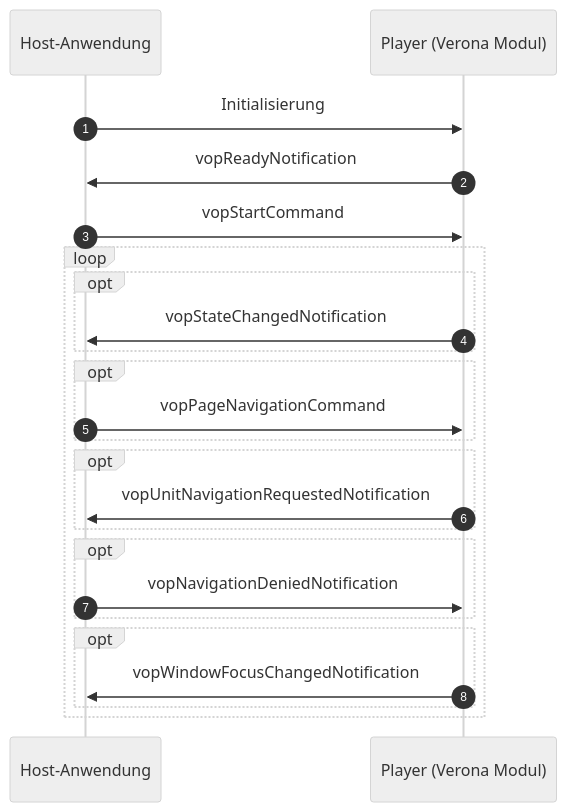
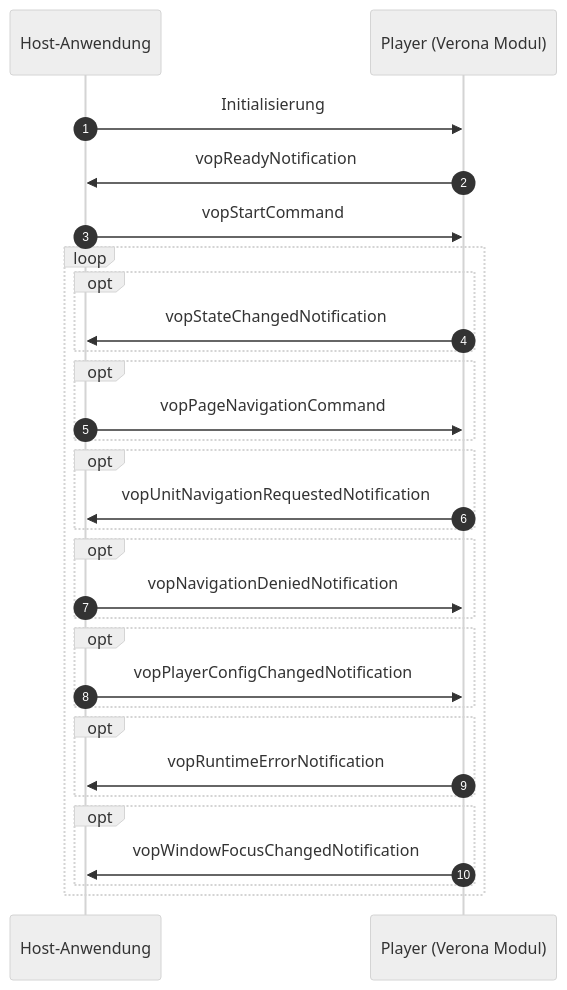
The diagram in player-docs/index.qmd (verona-interfaces/verona-interfaces.github.io), drawn with Mermaid (neutral theme) before and after one commit. The commit also changed other lines of this file and 1 other file, not shown here.

Commit message:
Update player doc for v6.0

````diff
--- a/player-docs/index.qmd
+++ b/player-docs/index.qmd
@@ -14,26 +14,32 @@
 ```{mermaid}
 sequenceDiagram
     autonumber
     participant HA as Host-Anwendung
     participant VM as Player (Verona Modul)
     HA->>VM:Initialisierung
     VM->>HA:vopReadyNotification
     HA->>VM:vopStartCommand
     loop
         opt
             VM->>HA:vopStateChangedNotification
         end
         opt
             HA->>VM:vopPageNavigationCommand
         end
         opt
             VM->>HA:vopUnitNavigationRequestedNotification
         end
         opt
             HA->>VM:vopNavigationDeniedNotification
         end
         opt
+            HA->>VM:vopPlayerConfigChangedNotification
+        end
+        opt
+            VM->>HA:vopRuntimeErrorNotification
+        end
+        opt
             VM->>HA:vopWindowFocusChangedNotification
         end
     end
 ```
````
